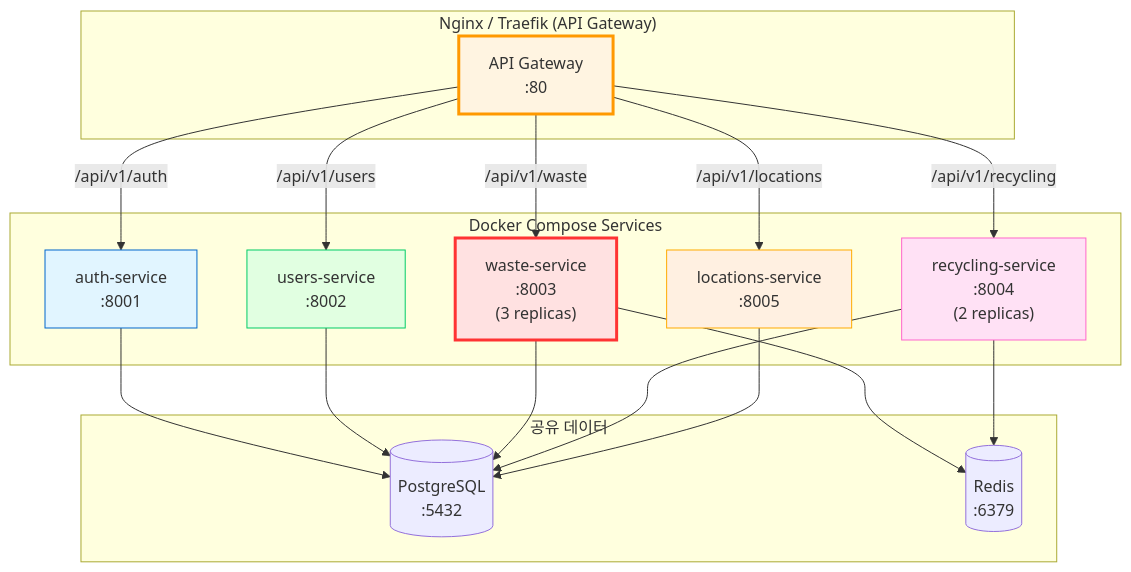
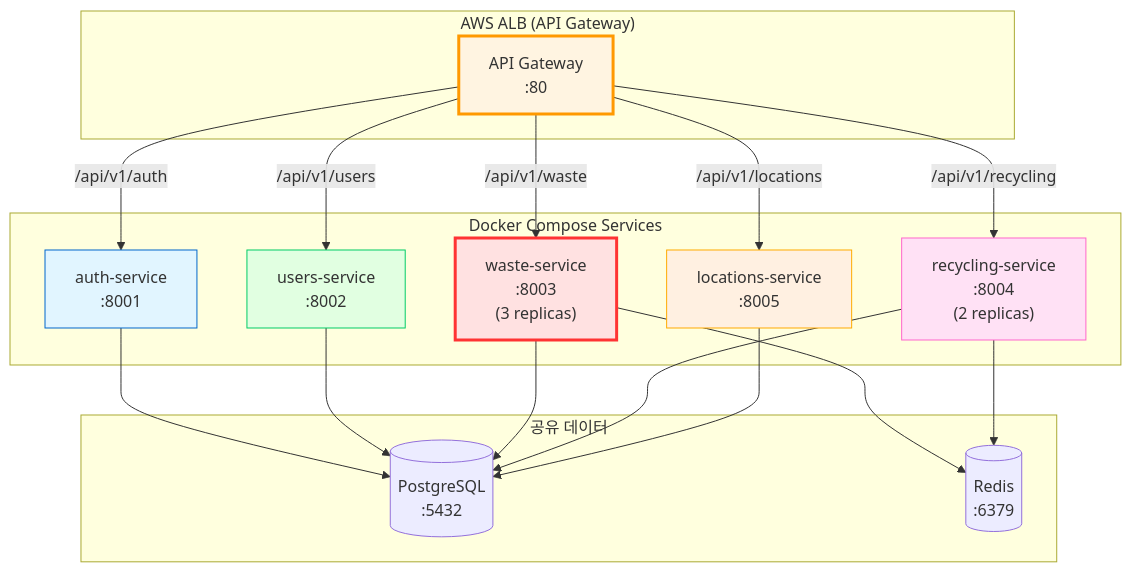
The third of 9 diagrams in docs/architecture/microservices-architecture.md (eco2-team/backend), drawn with Mermaid before and after one commit. The commit also changed other lines of this file and 1 other file, not shown here.

First line of the commit message:
docs: Update architecture docs Nginx to ALB

````diff
--- a/docs/architecture/microservices-architecture.md
+++ b/docs/architecture/microservices-architecture.md
@@ -94,41 +94,41 @@
 ```mermaid
 graph TB
-    subgraph LB["Nginx / Traefik (API Gateway)"]
+    subgraph LB["AWS ALB (API Gateway)"]
         Gateway[API Gateway<br/>:80]
     end
     
     subgraph Services["Docker Compose Services"]
         Auth["auth-service<br/>:8001"]
         Users["users-service<br/>:8002"]
         Waste["waste-service<br/>:8003<br/>(3 replicas)"]
         Recycling["recycling-service<br/>:8004<br/>(2 replicas)"]
         Locations["locations-service<br/>:8005"]
     end
     
     subgraph Data["공유 데이터"]
         DB[(PostgreSQL<br/>:5432)]
         Redis[(Redis<br/>:6379)]
     end
     
     Gateway -->|/api/v1/auth| Auth
     Gateway -->|/api/v1/users| Users
     Gateway -->|/api/v1/waste| Waste
     Gateway -->|/api/v1/recycling| Recycling
     Gateway -->|/api/v1/locations| Locations
     
     Auth --> DB
     Users --> DB
     Waste --> DB
     Recycling --> DB
     Locations --> DB
     
     Waste --> Redis
     Recycling --> Redis
     
     style Gateway fill:#fff4e1,stroke:#ff9900,stroke-width:3px
     style Waste fill:#ffe1e1,stroke:#ff3333,stroke-width:3px
     style Recycling fill:#ffe1f5,stroke:#ff66cc
     style Auth fill:#e1f5ff,stroke:#0066cc
     style Users fill:#e1ffe1,stroke:#00cc66
     style Locations fill:#fff0e1,stroke:#ffaa00
 ```
````
